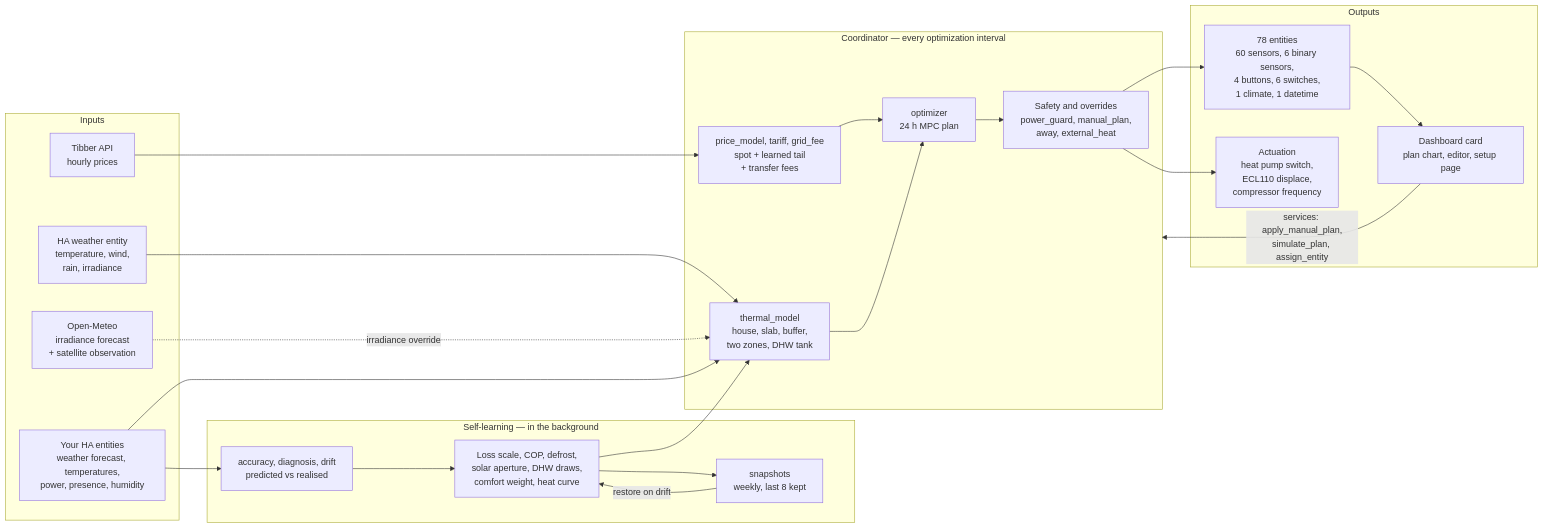
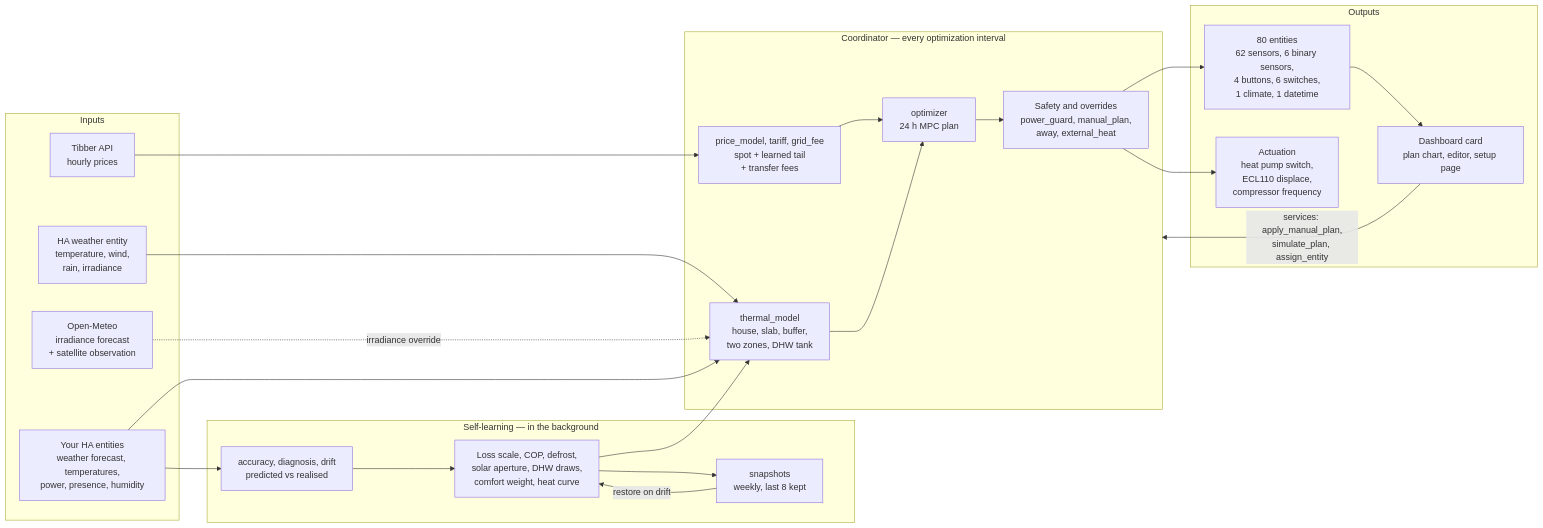
The diagram in docs/architecture.md (tvofi/heatpump_optimizer), drawn with Mermaid before and after one commit. The commit also changed other lines of this file and 6 other files, not shown here.

````diff
--- a/docs/architecture.md
+++ b/docs/architecture.md
@@ -14,45 +14,45 @@
 ```mermaid
 flowchart LR
     subgraph inputs["Inputs"]
         tibber["Tibber API<br/>hourly prices"]
         weather["HA weather entity<br/>temperature, wind,<br/>rain, irradiance"]
         meteo["Open-Meteo<br/>irradiance forecast<br/>+ satellite observation"]
         ha["Your HA entities<br/>weather forecast, temperatures,<br/>power, presence, humidity"]
     end
 
     subgraph brain["Coordinator — every optimization interval"]
         pm["price_model, tariff, grid_fee<br/>spot + learned tail<br/>+ transfer fees"]
         tm["thermal_model<br/>house, slab, buffer,<br/>two zones, DHW tank"]
         opt["optimizer<br/>24 h MPC plan"]
         guard["Safety and overrides<br/>power_guard, manual_plan,<br/>away, external_heat"]
     end
 
     subgraph learn["Self-learning — in the background"]
         acc["accuracy, diagnosis, drift<br/>predicted vs realised"]
         learners["Loss scale, COP, defrost,<br/>solar aperture, DHW draws,<br/>comfort weight, heat curve"]
         snap["snapshots<br/>weekly, last 8 kept"]
     end
 
     subgraph out["Outputs"]
-        ent["78 entities<br/>60 sensors, 6 binary sensors,<br/>4 buttons, 6 switches,<br/>1 climate, 1 datetime"]
+        ent["80 entities<br/>62 sensors, 6 binary sensors,<br/>4 buttons, 6 switches,<br/>1 climate, 1 datetime"]
         card["Dashboard card<br/>plan chart, editor, setup page"]
         ctl["Actuation<br/>heat pump switch,<br/>ECL110 displace,<br/>compressor frequency"]
     end
 
     tibber --> pm
     weather --> tm
     meteo -. "irradiance override" .-> tm
     ha --> tm
     ha --> acc
     pm --> opt
     tm --> opt
     opt --> guard
     guard --> ent
     guard --> ctl
     ent --> card
     card -- "services: apply_manual_plan,<br/>simulate_plan, assign_entity" --> brain
     acc --> learners
     learners --> tm
     learners --> snap
     snap -- "restore on drift" --> learners
 ```
````
